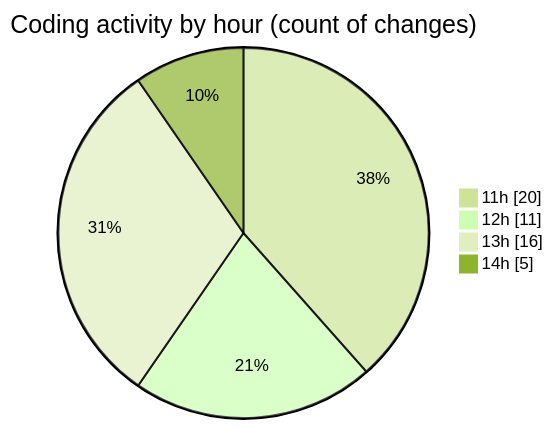
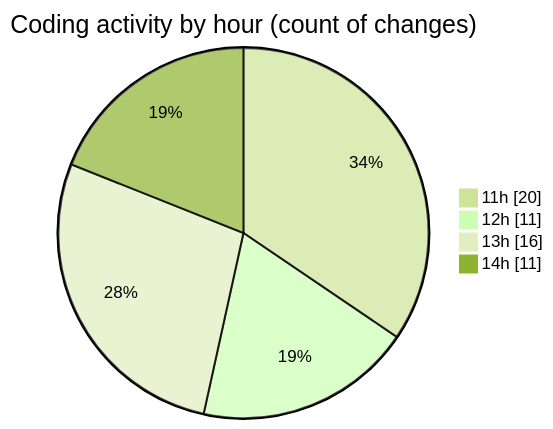
Before and after one commit to nxtqubesakshisongat/code-tracking: the second of 2 diagrams in 2025-09-24/nxtqube_webapp/README.md, drawn with Mermaid (forest theme). The commit also changed other lines of this file and 1 other file, not shown here.

````diff
--- a/2025-09-24/nxtqube_webapp/README.md
+++ b/2025-09-24/nxtqube_webapp/README.md
@@ -32,8 +32,8 @@
 ```mermaid
 pie showData
 title Coding activity by hour (count of changes)
 "11h" : 20
 "12h" : 11
 "13h" : 16
-"14h" : 5
+"14h" : 11
 ```
````
